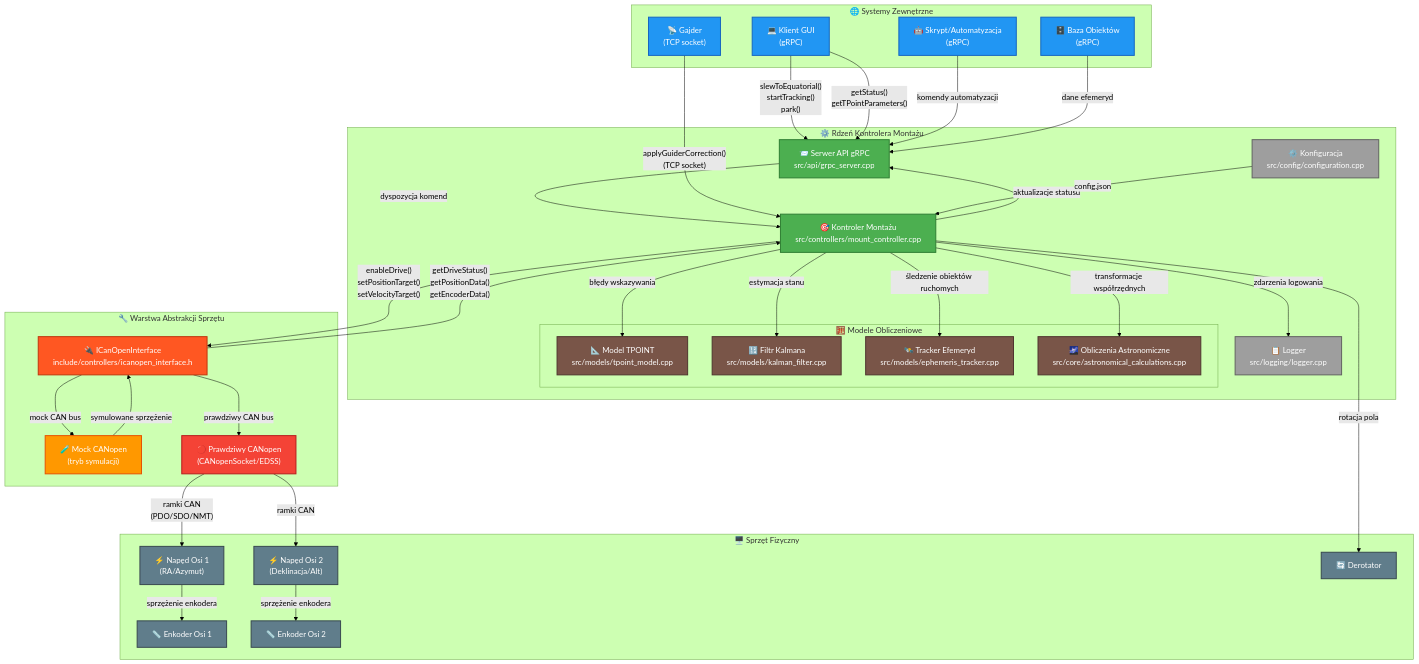
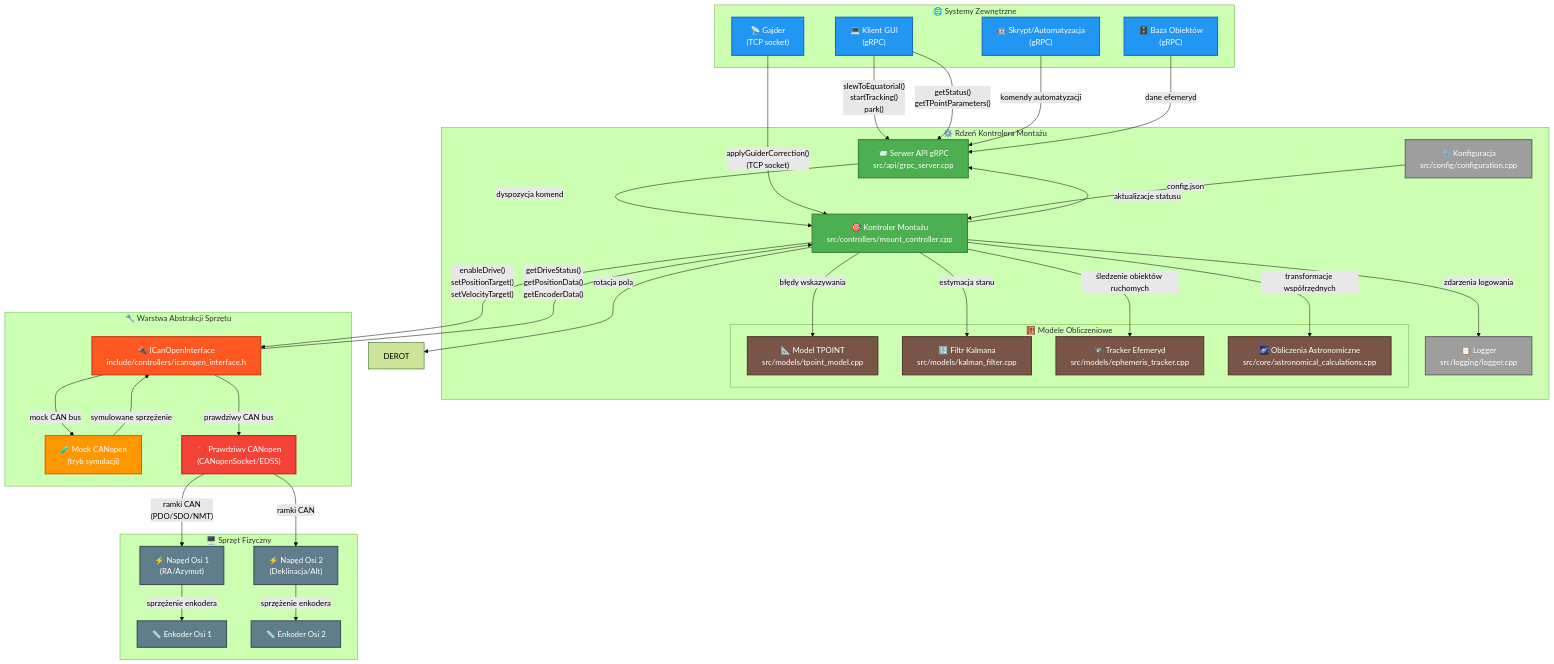
Before and after one commit to pielaszkiewicz-jacek/astro_mount_control: the first of 15 diagrams in docs/pl/przeplyw_danych.md, drawn with Mermaid (forest theme). The commit also changed other lines of this file and 94 other files, not shown here.

````diff
--- a/docs/pl/przeplyw_danych.md
+++ b/docs/pl/przeplyw_danych.md
@@ -7,78 +7,77 @@
 ```mermaid
 flowchart TD
     classDef ext fill:#2196F3,stroke:#1565c0,stroke-width:2px,color:#fff
     classDef core fill:#4CAF50,stroke:#2e7d32,stroke-width:2px,color:#fff
     classDef model fill:#795548,stroke:#4e342e,stroke-width:2px,color:#fff
     classDef hal fill:#FF5722,stroke:#bf360c,stroke-width:2px,color:#fff
     classDef mock fill:#FF9800,stroke:#e65100,stroke-width:2px,color:#fff
     classDef real fill:#F44336,stroke:#b71c1c,stroke-width:2px,color:#fff
     classDef hw fill:#607D8B,stroke:#37474f,stroke-width:2px,color:#fff
     classDef data fill:#9E9E9E,stroke:#616161,stroke-width:2px,color:#fff
 
     subgraph External["🌐 Systemy Zewnętrzne"]
         GUI["💻 Klient GUI<br/>(gRPC)"]:::ext
         SCRIPT["🤖 Skrypt/Automatyzacja<br/>(gRPC)"]:::ext
         GUIDER["📡 Gajder<br/>(TCP socket)"]:::ext
         OBS_DB["🗄️ Baza Obiektów<br/>(gRPC)"]:::ext
     end
 
     subgraph Core["⚙️ Rdzeń Kontrolera Montażu"]
         API["📨 Serwer API gRPC<br/>src/api/grpc_server.cpp"]:::core
         MC["🎯 Kontroler Montażu<br/>src/controllers/mount_controller.cpp"]:::core
         
         subgraph Models["🧮 Modele Obliczeniowe"]
             TP["📐 Model TPOINT<br/>src/models/tpoint_model.cpp"]:::model
             KF["🔢 Filtr Kalmana<br/>src/models/kalman_filter.cpp"]:::model
             ET["🛰️ Tracker Efemeryd<br/>src/models/ephemeris_tracker.cpp"]:::model
             AC["🌌 Obliczenia Astronomiczne<br/>src/core/astronomical_calculations.cpp"]:::model
         end
         
         CFG["⚙️ Konfiguracja<br/>src/config/configuration.cpp"]:::data
         LOG["📋 Logger<br/>src/logging/logger.cpp"]:::data
     end
 
     subgraph HAL["🔧 Warstwa Abstrakcji Sprzętu"]
         CAN["🔌 ICanOpenInterface<br/>include/controllers/icanopen_interface.h"]:::hal
         MOCK["🧪 Mock CANopen<br/>(tryb symulacji)"]:::mock
         REAL["🔴 Prawdziwy CANopen<br/>(CANopenSocket/EDSS)"]:::real
     end
 
     subgraph Hardware["🖥️ Sprzęt Fizyczny"]
         DRV1["⚡ Napęd Osi 1<br/>(RA/Azymut)"]:::hw
         DRV2["⚡ Napęd Osi 2<br/>(Deklinacja/Alt)"]:::hw
         ENC1["📏 Enkoder Osi 1"]:::hw
         ENC2["📏 Enkoder Osi 2"]:::hw
-        DEROT["🔄 Derotator"]:::hw
     end
 
     GUI -->|"slewToEquatorial()<br/>startTracking()<br/>park()"| API
     GUI -->|"getStatus()<br/>getTPointParameters()"| API
     SCRIPT -->|"komendy automatyzacji"| API
     OBS_DB -->|"dane efemeryd"| API
     
     API -->|"dyspozycja komend"| MC
     MC -->|"aktualizacje statusu"| API
     
     MC -->|"transformacje współrzędnych"| AC
     MC -->|"błędy wskazywania"| TP
     MC -->|"estymacja stanu"| KF
     MC -->|"śledzenie obiektów ruchomych"| ET
     
     MC -->|"enableDrive()<br/>setPositionTarget()<br/>setVelocityTarget()"| CAN
     CAN -->|"getDriveStatus()<br/>getPositionData()<br/>getEncoderData()"| MC
     
     CAN -->|"mock CAN bus"| MOCK
     CAN -->|"prawdziwy CAN bus"| REAL
     
     MOCK -->|"symulowane sprzężenie"| CAN
     REAL -->|"ramki CAN<br/>(PDO/SDO/NMT)"| DRV1
     REAL -->|"ramki CAN"| DRV2
     DRV1 -->|"sprzężenie enkodera"| ENC1
     DRV2 -->|"sprzężenie enkodera"| ENC2
     MC -->|"rotacja pola"| DEROT
     
     GUIDER -->|"applyGuiderCorrection()<br/>(TCP socket)"| MC
     
     CFG -->|"config.json"| MC
     MC -->|"zdarzenia logowania"| LOG
 ```
````
